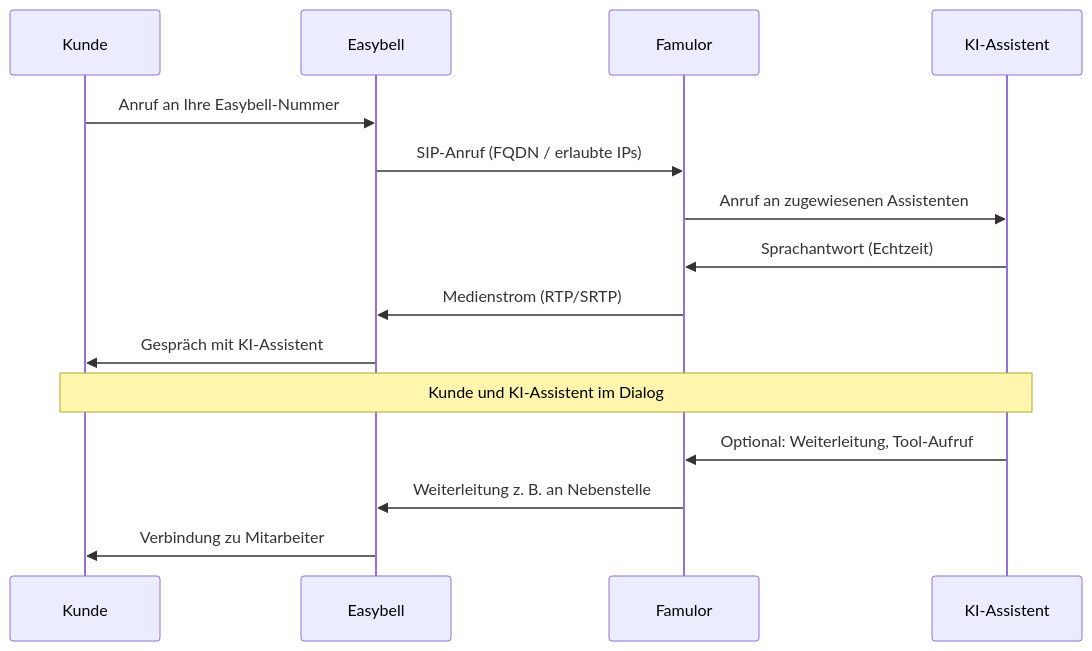
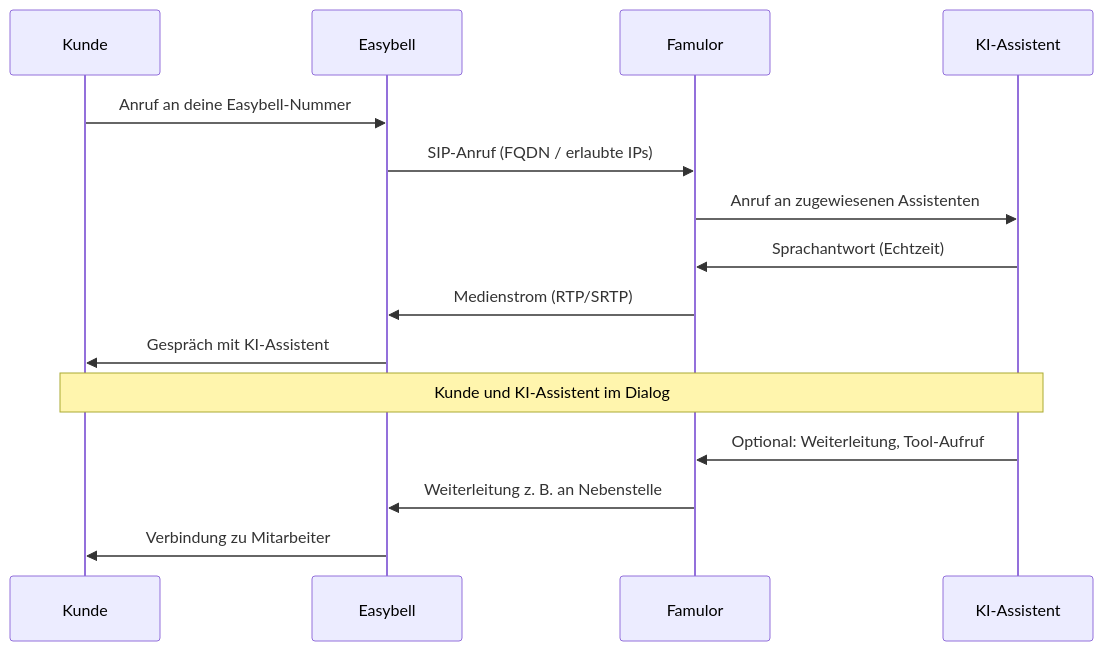
The diagram in de/provisioning/sip-ai/easybell-integration.mdx (bekgroup/Famulor-docs-de), drawn with Mermaid before and after one commit. The commit also changed other lines of this file and 327 other files, not shown here.

````diff
--- a/de/provisioning/sip-ai/easybell-integration.mdx
+++ b/de/provisioning/sip-ai/easybell-integration.mdx
@@ -34,18 +34,18 @@
 ```mermaid theme={null}
 sequenceDiagram
     participant K as Kunde
     participant E as Easybell
     participant F as Famulor
     participant A as KI-Assistent
 
-    K->>E: Anruf an Ihre Easybell-Nummer
+    K->>E: Anruf an deine Easybell-Nummer
     E->>F: SIP-Anruf (FQDN / erlaubte IPs)
     F->>A: Anruf an zugewiesenen Assistenten
     A->>F: Sprachantwort (Echtzeit)
     F->>E: Medienstrom (RTP/SRTP)
     E->>K: Gespräch mit KI-Assistent
     Note over K,A: Kunde und KI-Assistent im Dialog
     A->>F: Optional: Weiterleitung, Tool-Aufruf
     F->>E: Weiterleitung z. B. an Nebenstelle
     E->>K: Verbindung zu Mitarbeiter
 ```
````
